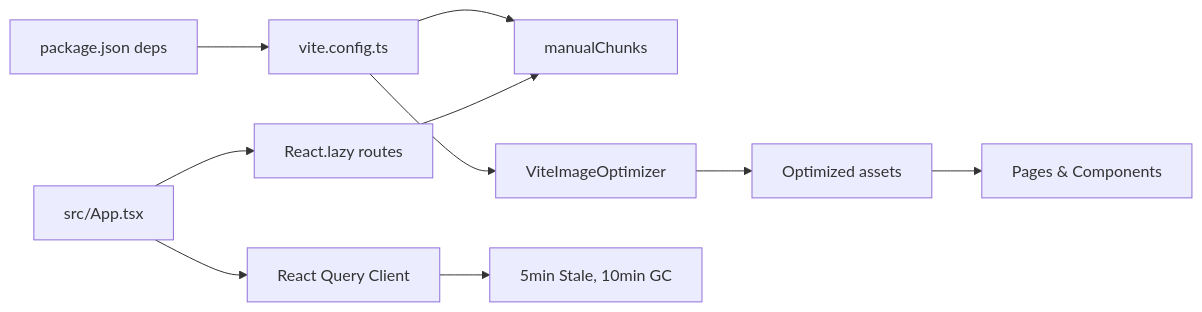
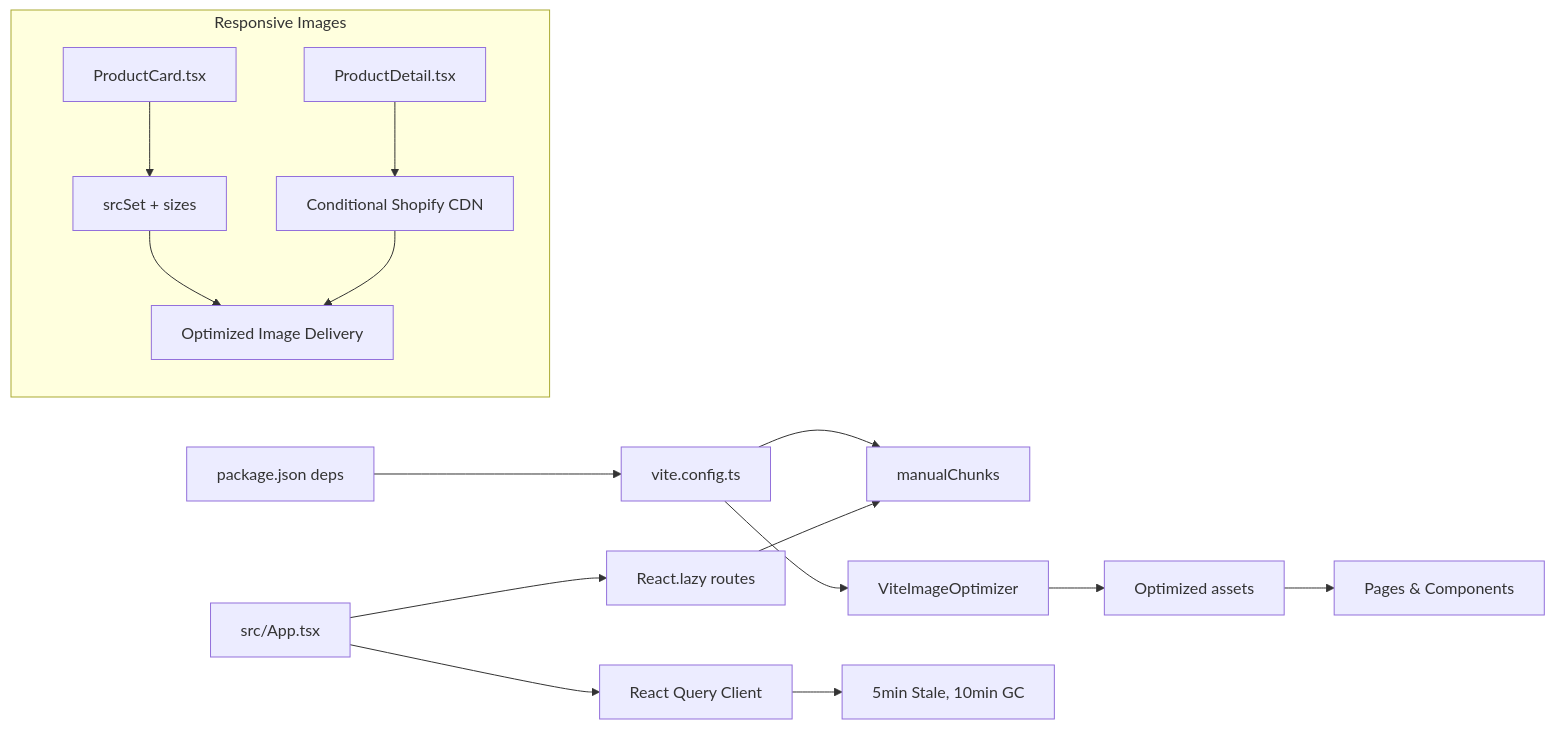
Before and after one commit to Hawky1/ryland: diagram 12 of 12 in .qoder/repowiki/en/content/Performance Optimization.md, drawn with Mermaid. The commit also changed other lines of this file and 5 other files, not shown here.

````diff
--- a/.qoder/repowiki/en/content/Performance Optimization.md
+++ b/.qoder/repowiki/en/content/Performance Optimization.md
@@ -393,12 +483,18 @@
 ```mermaid
 graph LR
 Pkg["package.json deps"] --> ViteCfg["vite.config.ts"]
 ViteCfg --> Rollup["manualChunks"]
 ViteCfg --> ImgOpt["ViteImageOptimizer"]
 App["src/App.tsx"] --> Lazy["React.lazy routes"]
 App --> RQ["React Query Client"]
 Lazy --> Rollup
 ImgOpt --> Assets["Optimized assets"]
 Assets --> Pages["Pages & Components"]
 RQ --> Cache["5min Stale, 10min GC"]
+subgraph "Responsive Images"
+ProductCard["ProductCard.tsx"] --> SrcSet["srcSet + sizes"]
+ProductDetail["ProductDetail.tsx"] --> CDN["Conditional Shopify CDN"]
+SrcSet --> Optimize["Optimized Image Delivery"]
+CDN --> Optimize
+end
 ```
````
